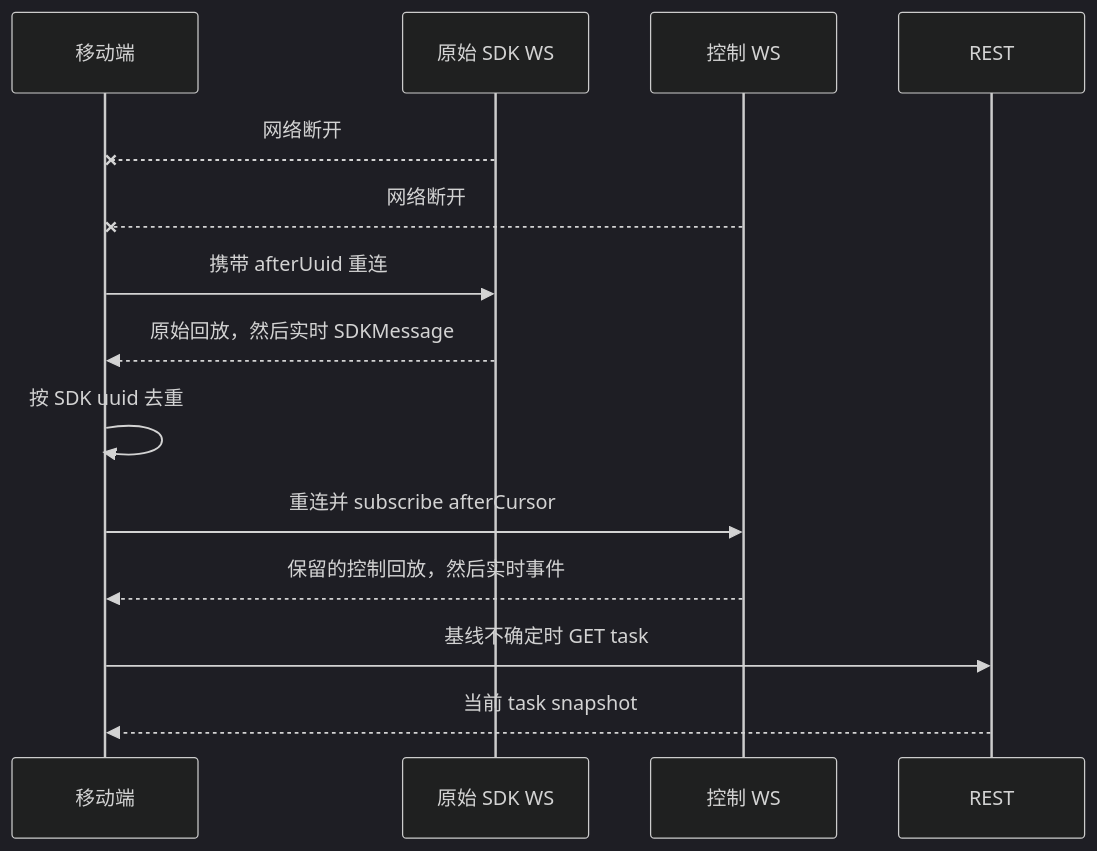
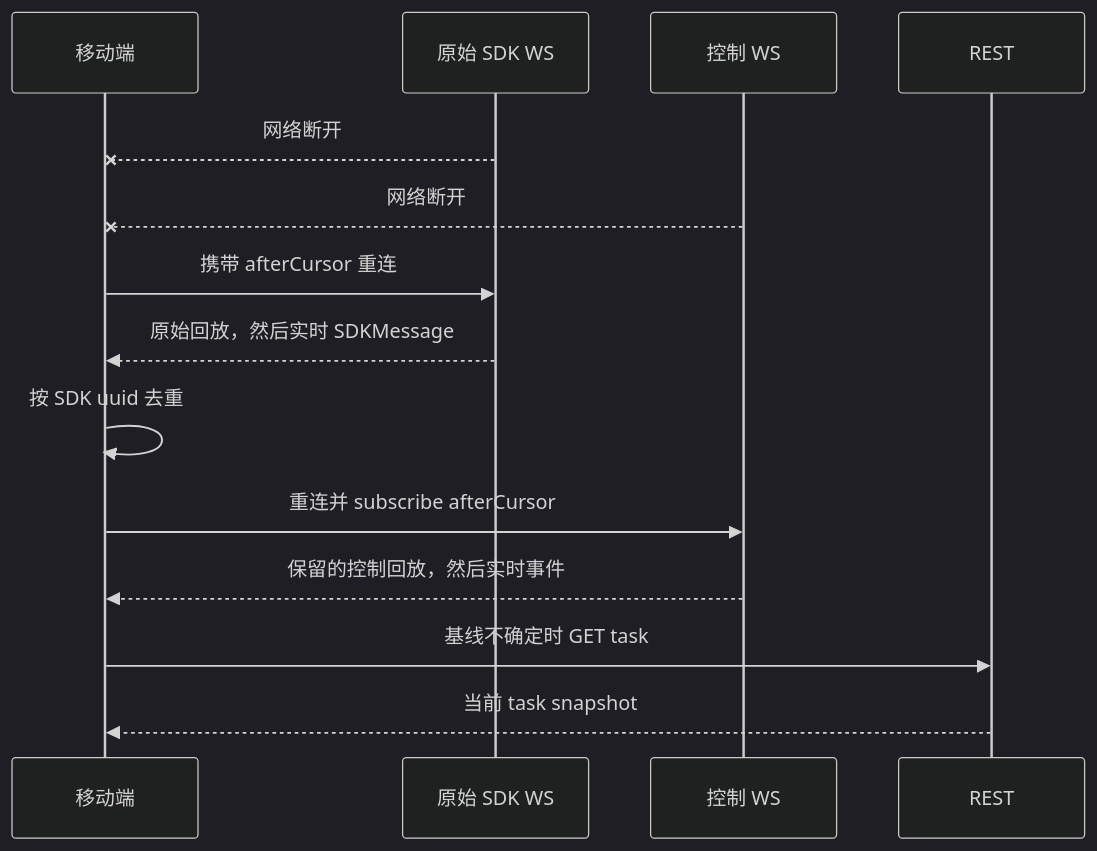
One commit to loomou/PocketPilot changed the eighth of 10 diagrams in docs/mobile-integration-guide.zh-CN.md. Above: the diagram before and after it, drawn with Mermaid (dark theme). The commit also changed other lines of this file and 9 other files, not shown here.

````diff
--- a/docs/mobile-integration-guide.zh-CN.md
+++ b/docs/mobile-integration-guide.zh-CN.md
@@ -994,16 +994,16 @@
 ```mermaid
 sequenceDiagram
     participant M as 移动端
     participant S as 原始 SDK WS
     participant C as 控制 WS
     participant R as REST
     S--xM: 网络断开
     C--xM: 网络断开
-    M->>S: 携带 afterUuid 重连
+    M->>S: 携带 afterCursor 重连
     S-->>M: 原始回放，然后实时 SDKMessage
     M->>M: 按 SDK uuid 去重
     M->>C: 重连并 subscribe afterCursor
     C-->>M: 保留的控制回放，然后实时事件
     M->>R: 基线不确定时 GET task
     R-->>M: 当前 task snapshot
 ```
````
